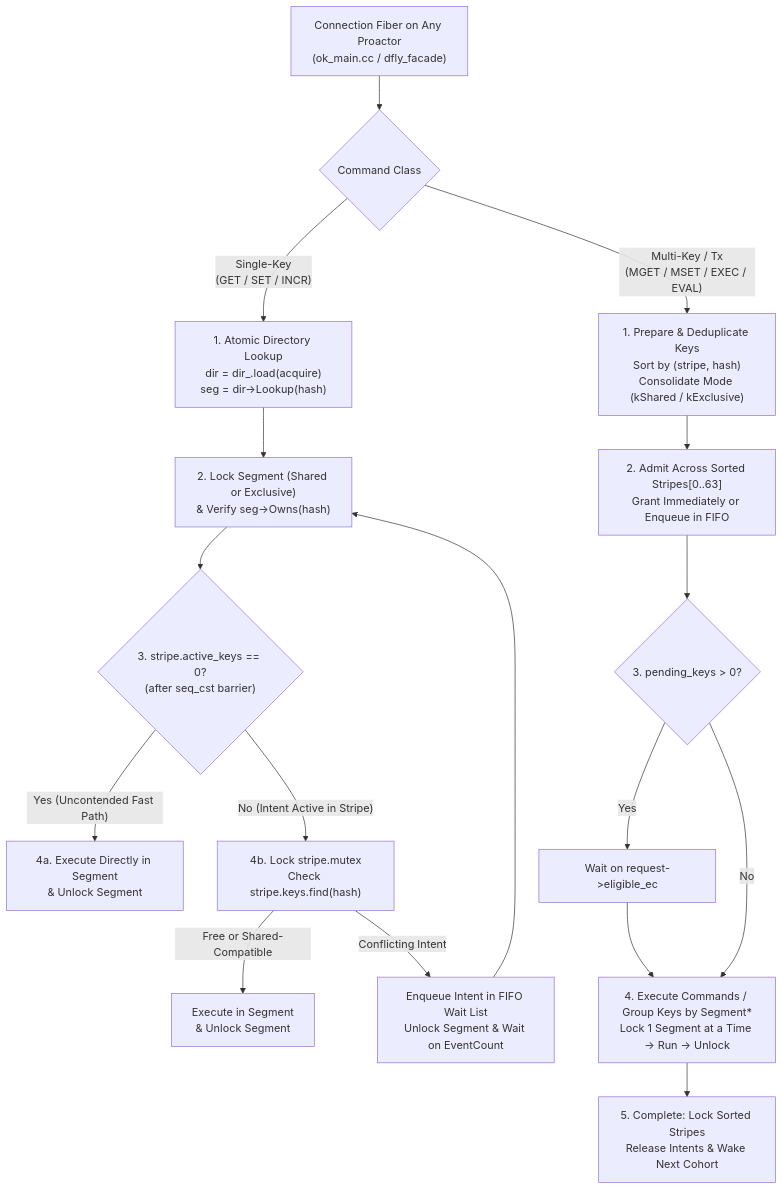
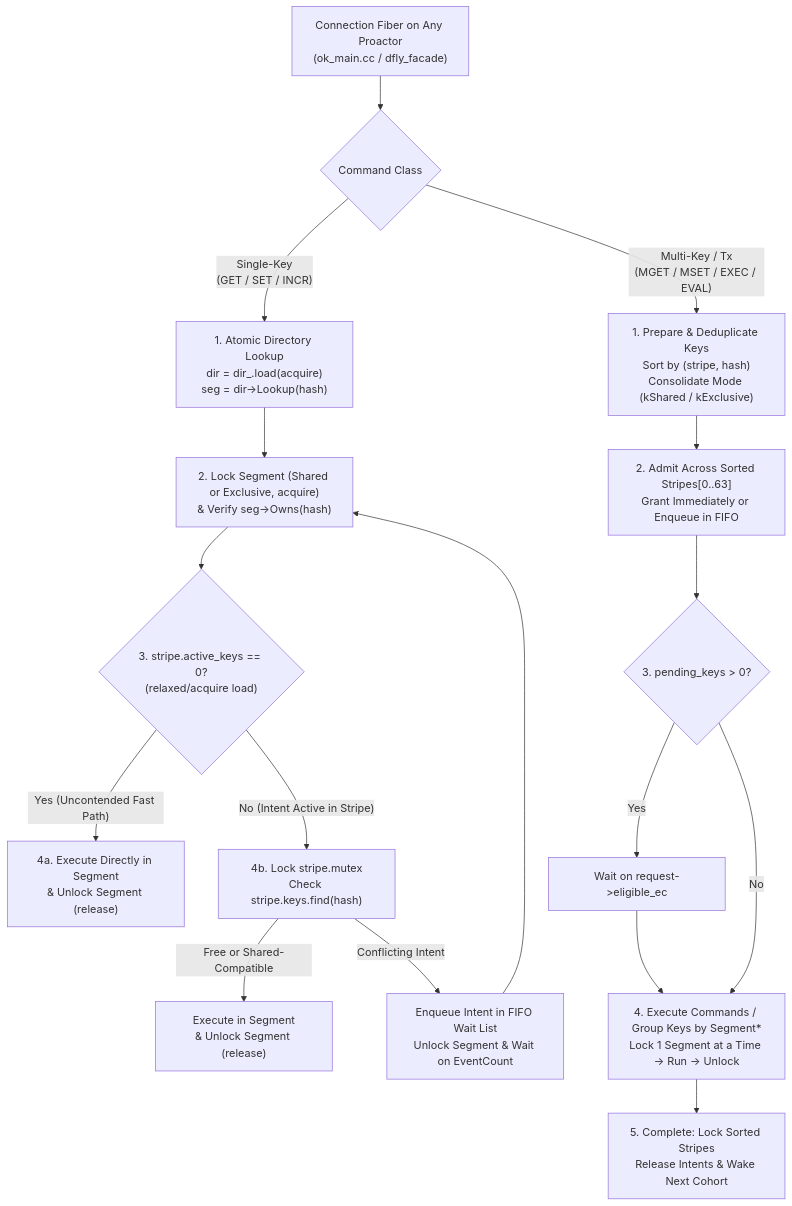
One commit to dragonflydb/dragonfly changed the second of 9 diagrams in docs/share-everything-poc.md. Above: the diagram before and after it, drawn with Mermaid. The commit also changed other lines of this file, not shown here.

Commit message:
docs: define core terminology upfront and eliminate seq_cst barriers

````diff
--- a/docs/share-everything-poc.md
+++ b/docs/share-everything-poc.md
@@ -23,24 +59,24 @@
 ```mermaid
 flowchart TD
     Conn["Connection Fiber on Any Proactor<br/>(ok_main.cc / dfly_facade)"]
     Conn --> CmdType{"Command Class"}
 
     %% Single-Key Fast Path
     CmdType -->|"Single-Key<br/>(GET / SET / INCR)"| DirLookup1["1. Atomic Directory Lookup<br/>dir = dir_.load(acquire)<br/>seg = dir->Lookup(hash)"]
-    DirLookup1 --> SegLock1["2. Lock Segment (Shared or Exclusive)<br/>& Verify seg->Owns(hash)"]
-    SegLock1 --> CheckActive{"3. stripe.active_keys == 0?<br/>(after seq_cst barrier)"}
-    CheckActive -->|"Yes (Uncontended Fast Path)"| ExecFast["4a. Execute Directly in Segment<br/>& Unlock Segment"]
+    DirLookup1 --> SegLock1["2. Lock Segment (Shared or Exclusive, acquire)<br/>& Verify seg->Owns(hash)"]
+    SegLock1 --> CheckActive{"3. stripe.active_keys == 0?<br/>(relaxed/acquire load)"}
+    CheckActive -->|"Yes (Uncontended Fast Path)"| ExecFast["4a. Execute Directly in Segment<br/>& Unlock Segment (release)"]
     CheckActive -->|"No (Intent Active in Stripe)"| CheckStripe["4b. Lock stripe.mutex<br/>Check stripe.keys.find(hash)"]
-    CheckStripe -->|"Free or Shared-Compatible"| ExecCompat["Execute in Segment<br/>& Unlock Segment"]
+    CheckStripe -->|"Free or Shared-Compatible"| ExecCompat["Execute in Segment<br/>& Unlock Segment (release)"]
     CheckStripe -->|"Conflicting Intent"| EnqSingle["Enqueue Intent in FIFO Wait List<br/>Unlock Segment & Wait on EventCount"]
     EnqSingle --> SegLock1
 
     %% Multi-Key & Transactional Path
     CmdType -->|"Multi-Key / Tx<br/>(MGET / MSET / EXEC / EVAL)"| Prepare["1. Prepare & Deduplicate Keys<br/>Sort by (stripe, hash)<br/>Consolidate Mode (kShared / kExclusive)"]
     Prepare --> Admit["2. Admit Across Sorted Stripes[0..63]<br/>Grant Immediately or Enqueue in FIFO"]
     Admit --> WaitCheck{"3. pending_keys > 0?"}
     WaitCheck -->|"Yes"| Park["Wait on request->eligible_ec"]
     Park --> GroupSegs
     WaitCheck -->|"No"| GroupSegs["4. Execute Commands / Group Keys by Segment*<br/>Lock 1 Segment at a Time -> Run -> Unlock"]
     GroupSegs --> Complete["5. Complete: Lock Sorted Stripes<br/>Release Intents & Wake Next Cohort"]
 ```
````
